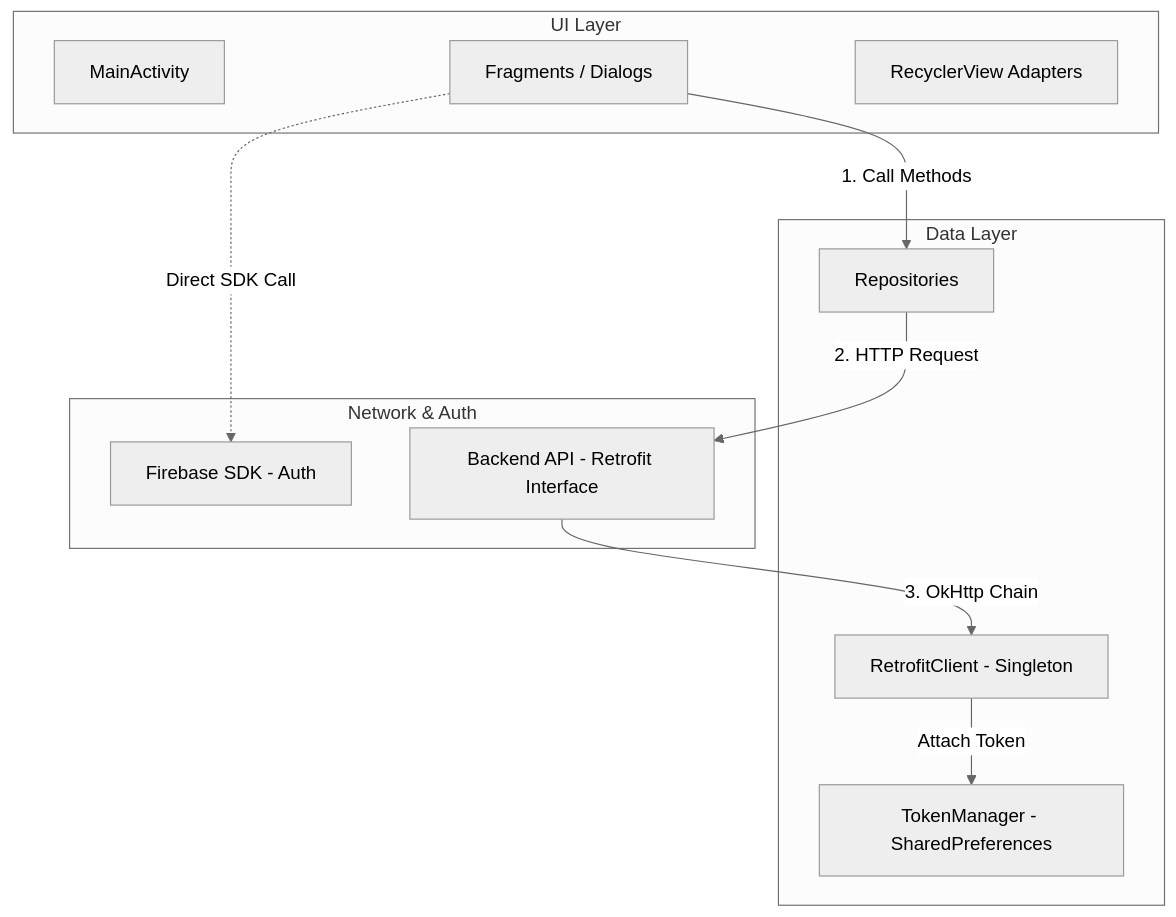
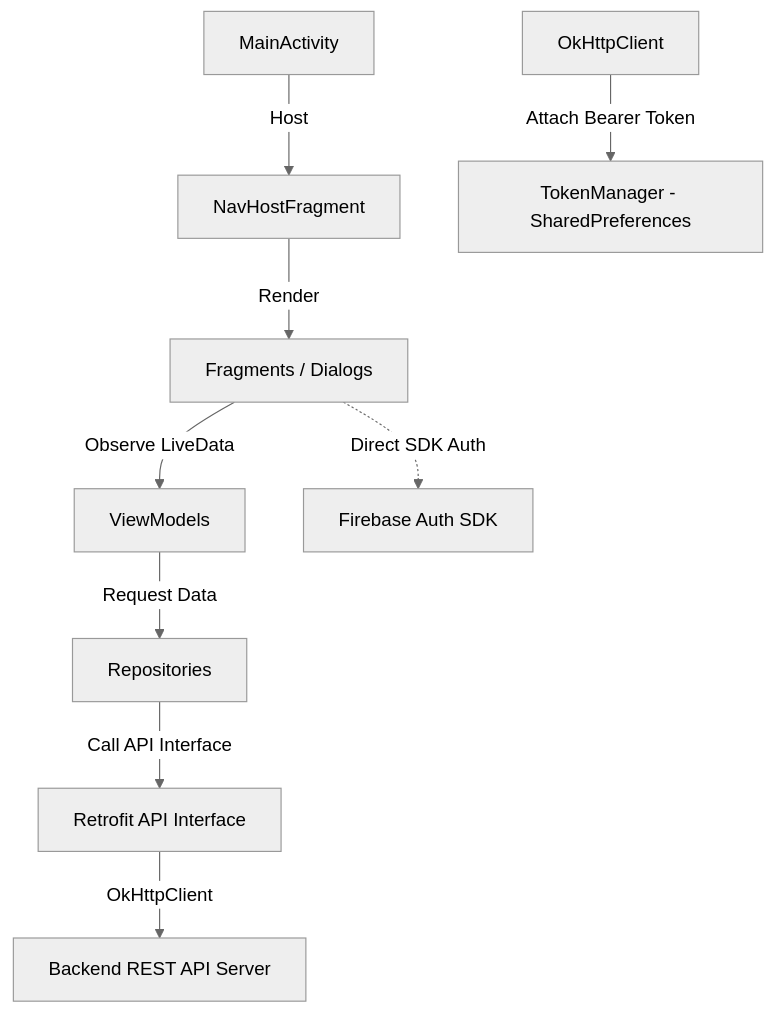
One commit to quanghung-dev/EngFlix changed the diagram in mobile/README.md. Above: the diagram before and after it, drawn with Mermaid (neutral theme). The commit also changed other lines of this file and 2 other files, not shown here.

Commit message:
docs: add and update README.md for backend, frontend, and mobile

````diff
--- a/mobile/README.md
+++ b/mobile/README.md
@@ -11,26 +34,12 @@
 ```mermaid
 graph TD
-    subgraph UI Layer
-        MainActivity[MainActivity]
-        Fragments[Fragments / Dialogs]
-        Adapters[RecyclerView Adapters]
-    end
-
-    subgraph Data Layer
-        Repo[Repositories]
-        RetrofitClient[RetrofitClient - Singleton]
-        TokenManager[TokenManager - SharedPreferences]
-    end
-
-    subgraph Network & Auth
-        Firebase[Firebase SDK - Auth]
-        API[Backend API - Retrofit Interface]
-    end
-
-    %% Flow
-    Fragments -->|1. Call Methods| Repo
-    Repo -->|2. HTTP Request| API
-    API -->|3. OkHttp Chain| RetrofitClient
-    RetrofitClient -->|Attach Token| TokenManager
-    Fragments -.->|Direct SDK Call| Firebase
+    MainActivity[MainActivity] -->|Host| NavigationContainer[NavHostFragment]
+    NavigationContainer -->|Render| Fragments[Fragments / Dialogs]
+    Fragments -->|Observe LiveData| ViewModels[ViewModels]
+    ViewModels -->|Request Data| Repositories[Repositories]
+    Repositories -->|Call API Interface| RetrofitAPI[Retrofit API Interface]
+    RetrofitAPI -->|OkHttpClient| BackendServer[Backend REST API Server]
+    
+    OkHttpClient -->|Attach Bearer Token| TokenManager[TokenManager - SharedPreferences]
+    Fragments -.->|Direct SDK Auth| FirebaseSDK[Firebase Auth SDK]
 ```
````
